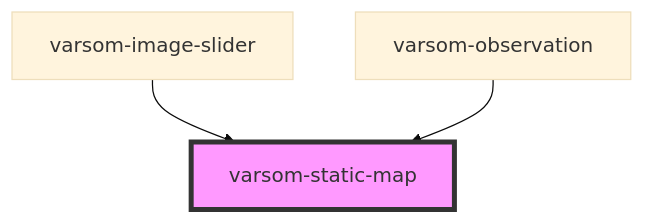
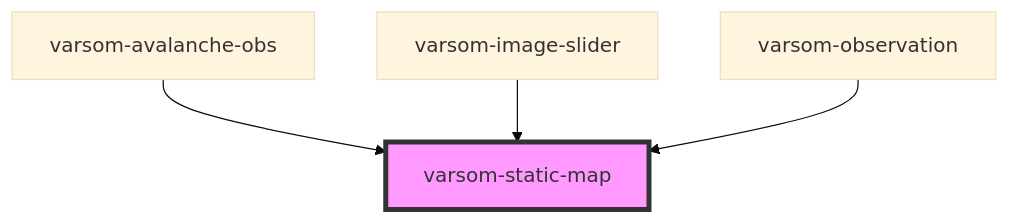
The diagram in src/components/varsom-map/readme.md (NVE/varsom-observation), drawn with Mermaid (base theme) before and after one commit. The commit also changed other lines of this file and 6 other files, not shown here.

````diff
--- a/src/components/varsom-map/readme.md
+++ b/src/components/varsom-map/readme.md
@@ -25,6 +27,7 @@
 ```mermaid
 graph TD;
+  varsom-avalanche-obs --> varsom-static-map
   varsom-image-slider --> varsom-static-map
   varsom-observation --> varsom-static-map
   style varsom-static-map fill:#f9f,stroke:#333,stroke-width:4px
 ```
````
